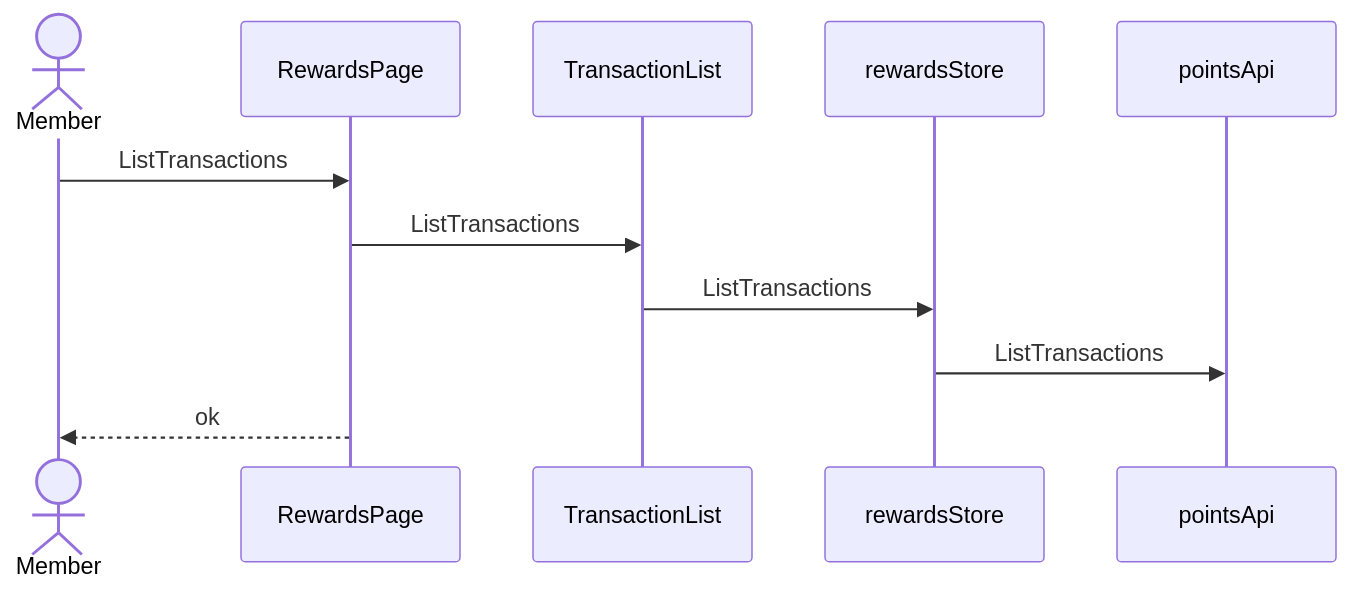
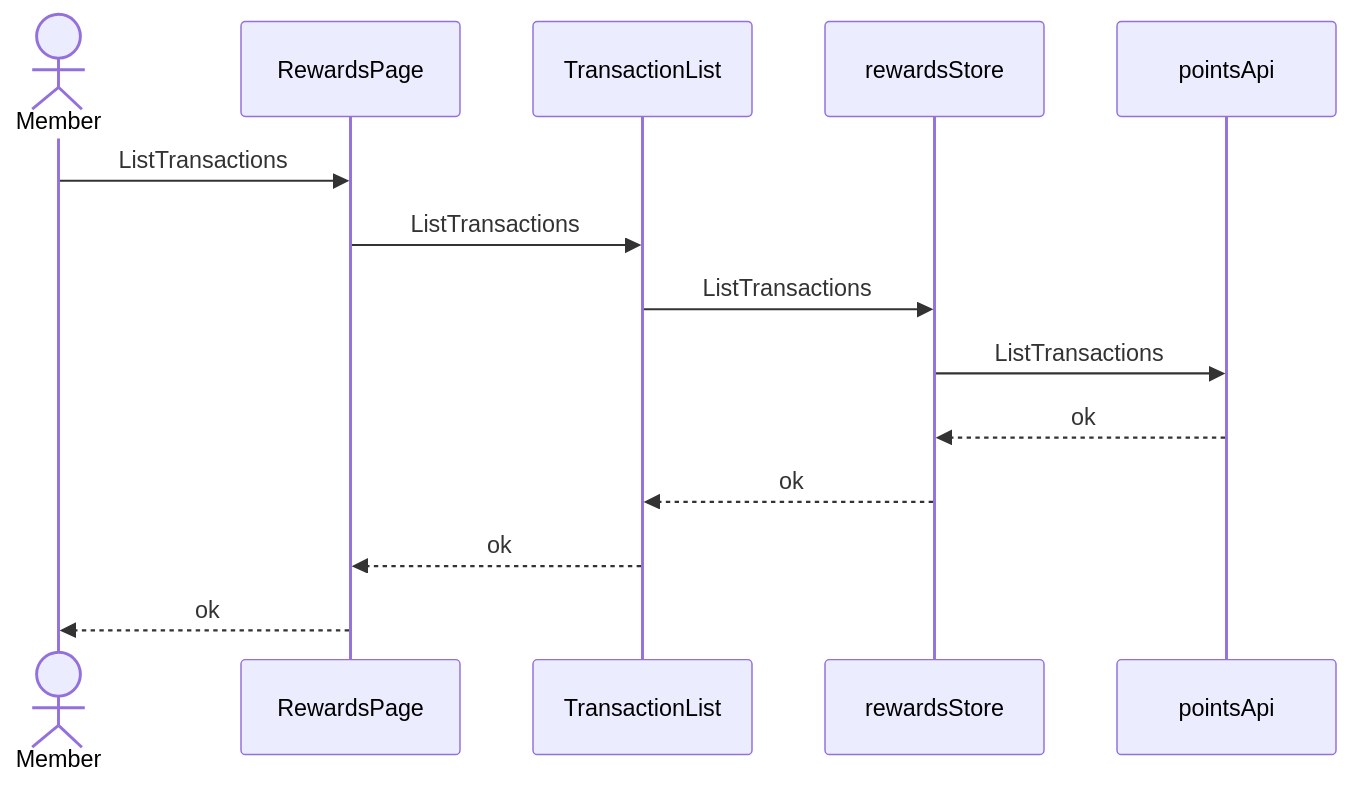
One commit to pin0513/AITools changed the sixth of 6 diagrams in skills/spec-dev-process/examples/matrix/fe-only-mixed-s3/specs/rd/points-redemption/spec/30-architecture-c4.md. Above: the diagram before and after it, drawn with Mermaid. The commit also changed other lines of this file and 257 other files, not shown here.

````diff
--- a/skills/spec-dev-process/examples/matrix/fe-only-mixed-s3/specs/rd/points-redemption/spec/30-architecture-c4.md
+++ b/skills/spec-dev-process/examples/matrix/fe-only-mixed-s3/specs/rd/points-redemption/spec/30-architecture-c4.md
@@ -93,13 +97,16 @@
 ```mermaid
 sequenceDiagram
   actor U as Member
   participant CMP001 as RewardsPage
   participant CMP003 as TransactionList
   participant CMP004 as rewardsStore
   participant CMP005 as pointsApi
   U->>CMP001: ListTransactions
   CMP001->>CMP003: ListTransactions
   CMP003->>CMP004: ListTransactions
   CMP004->>CMP005: ListTransactions
+  CMP005-->>CMP004: ok
+  CMP004-->>CMP003: ok
+  CMP003-->>CMP001: ok
   CMP001-->>U: ok
 ```
````
